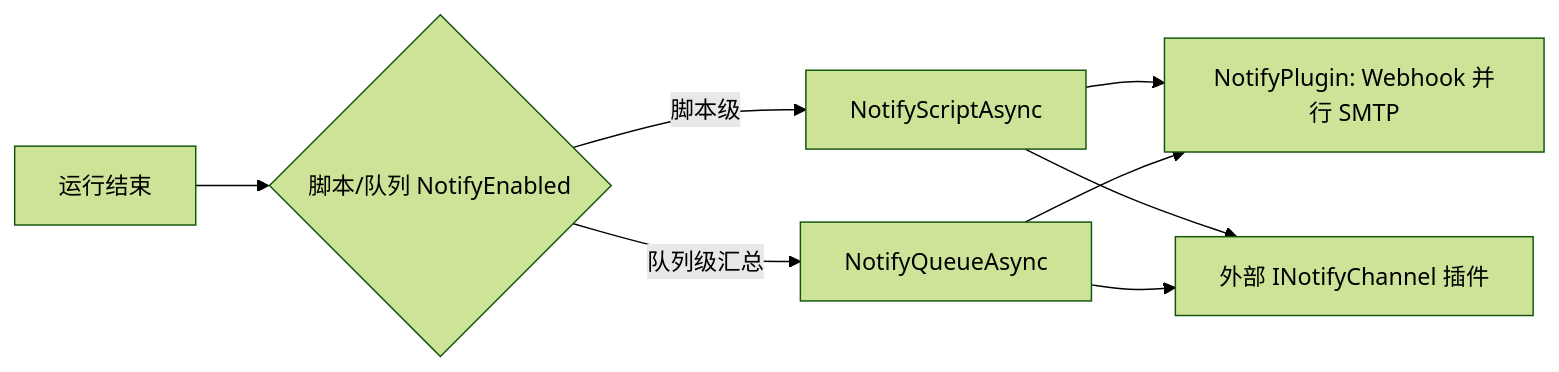
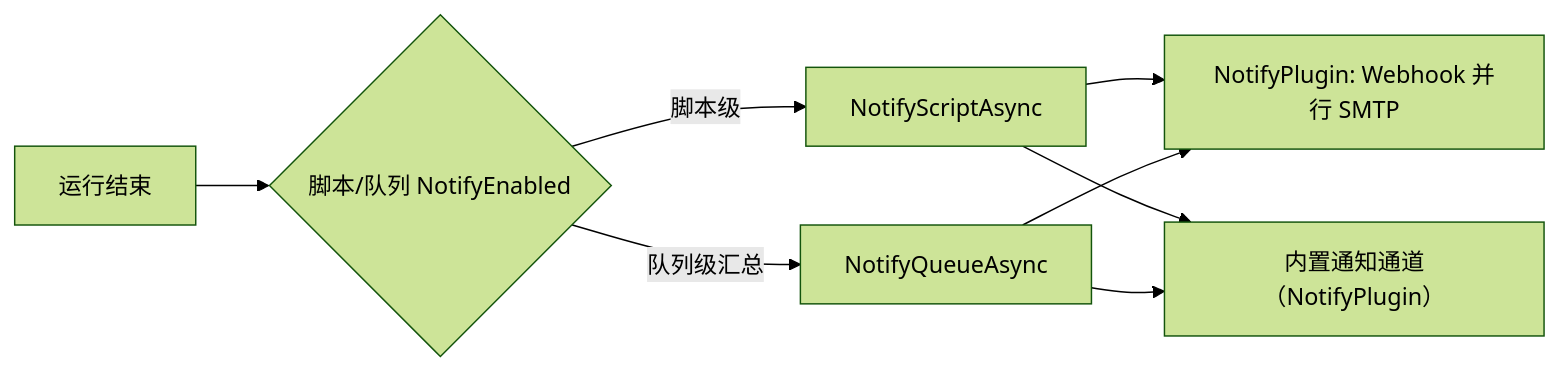
The fourth of 4 diagrams in docs/DESIGN.md (FlappiBakuse/NexusPipeline), drawn with Mermaid (forest theme) before and after one commit. The commit also changed other lines of this file and 62 other files, not shown here.

````diff
--- a/docs/DESIGN.md
+++ b/docs/DESIGN.md
@@ -239,10 +238,10 @@
 ```mermaid
 flowchart LR
     R[运行结束] --> N{脚本/队列 NotifyEnabled}
     N -- 脚本级 --> S[NotifyScriptAsync]
     N -- 队列级汇总 --> Q[NotifyQueueAsync]
     S --> C1[NotifyPlugin: Webhook 并行 SMTP]
     Q --> C1
-    S --> C2[外部 INotifyChannel 插件]
+    S --> C2[内置通知通道（NotifyPlugin）]
     Q --> C2
 ```
````
